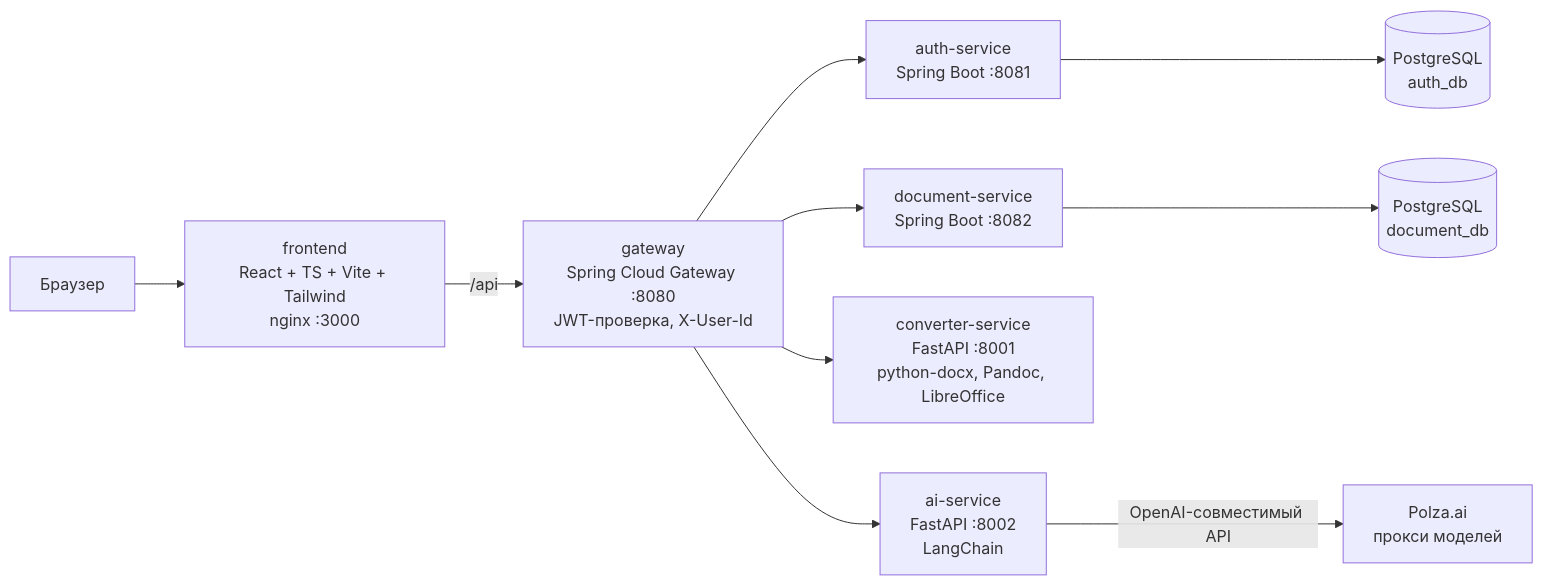
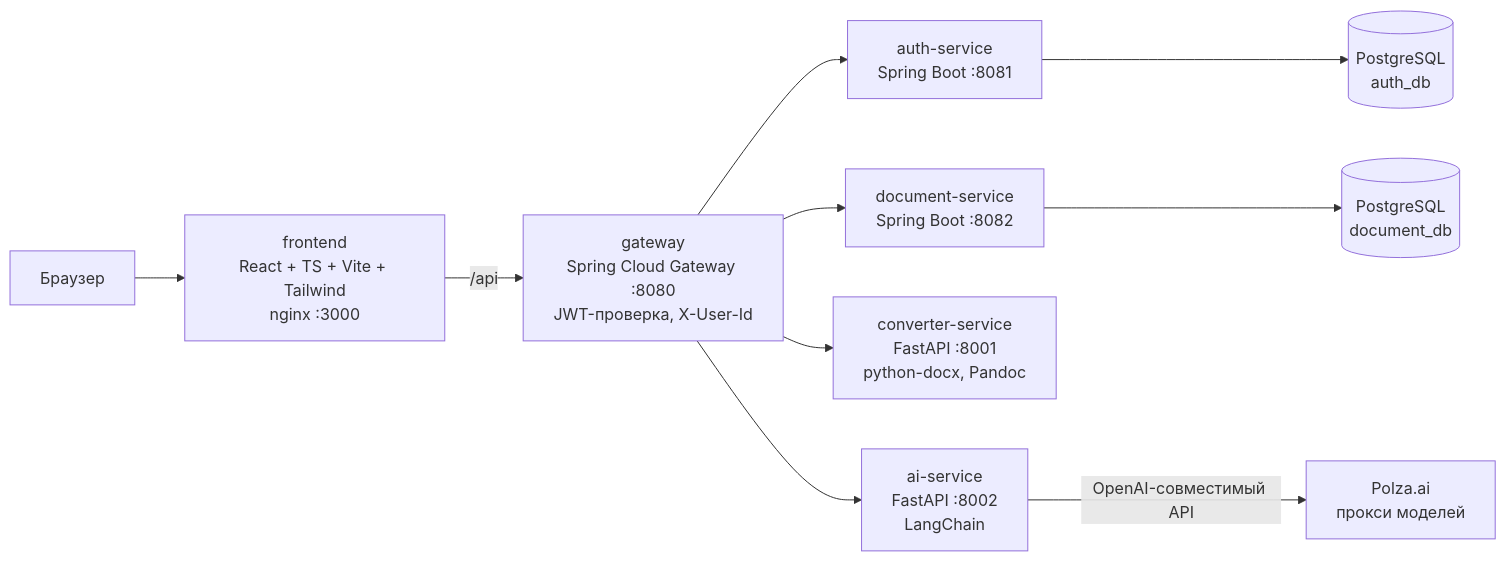
The diagram in docs/architecture/overview.md (alexdarenkov/CourseWorkMaker), drawn with Mermaid before and after one commit. The commit also changed other lines of this file and 67 other files, not shown here.

````diff
--- a/docs/architecture/overview.md
+++ b/docs/architecture/overview.md
@@ -8,12 +8,12 @@
 ```mermaid
 flowchart LR
   U[Браузер] --> F[frontend<br/>React + TS + Vite + Tailwind<br/>nginx :3000]
   F -->|/api| G[gateway<br/>Spring Cloud Gateway :8080<br/>JWT-проверка, X-User-Id]
   G --> A[auth-service<br/>Spring Boot :8081]
   G --> D[document-service<br/>Spring Boot :8082]
-  G --> C[converter-service<br/>FastAPI :8001<br/>python-docx, Pandoc, LibreOffice]
+  G --> C[converter-service<br/>FastAPI :8001<br/>python-docx, Pandoc]
   G --> AI[ai-service<br/>FastAPI :8002<br/>LangChain]
   A --> P[(PostgreSQL<br/>auth_db)]
   D --> P2[(PostgreSQL<br/>document_db)]
   AI -->|OpenAI-совместимый API| K[Polza.ai<br/>прокси моделей]
 ```
````
